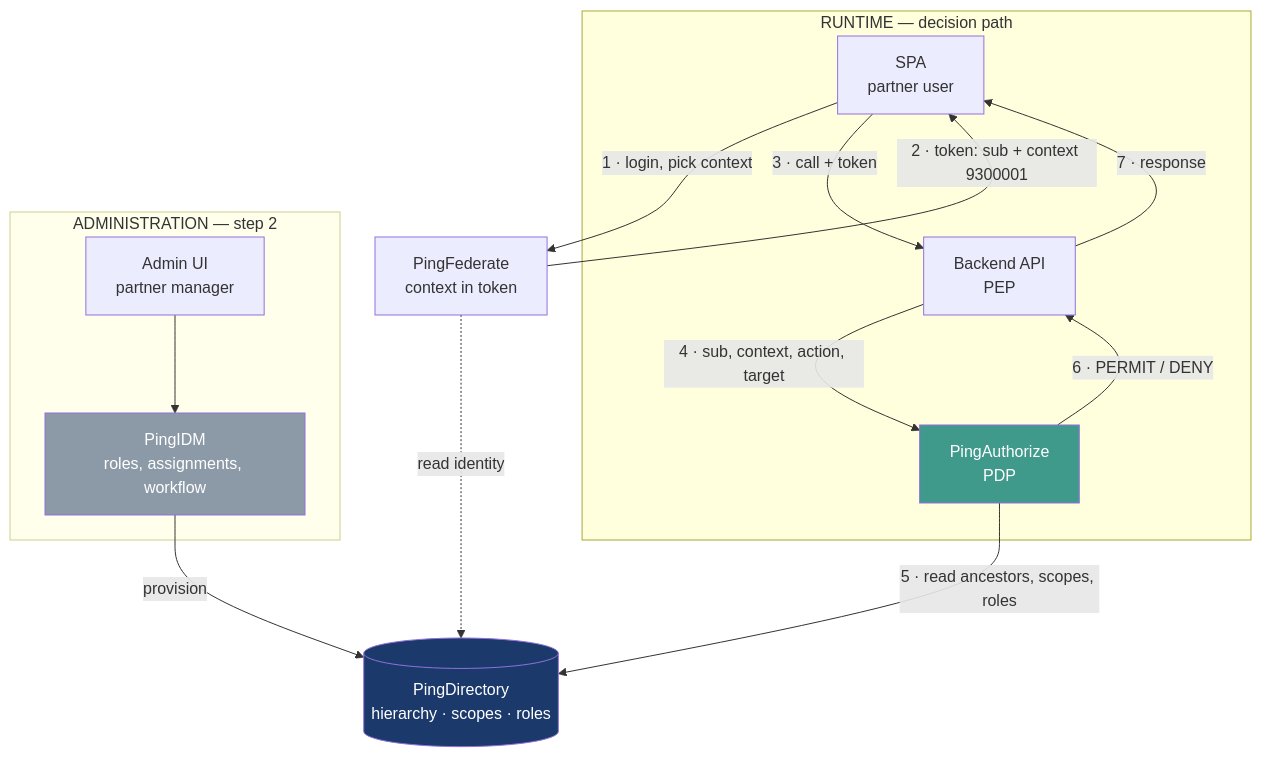
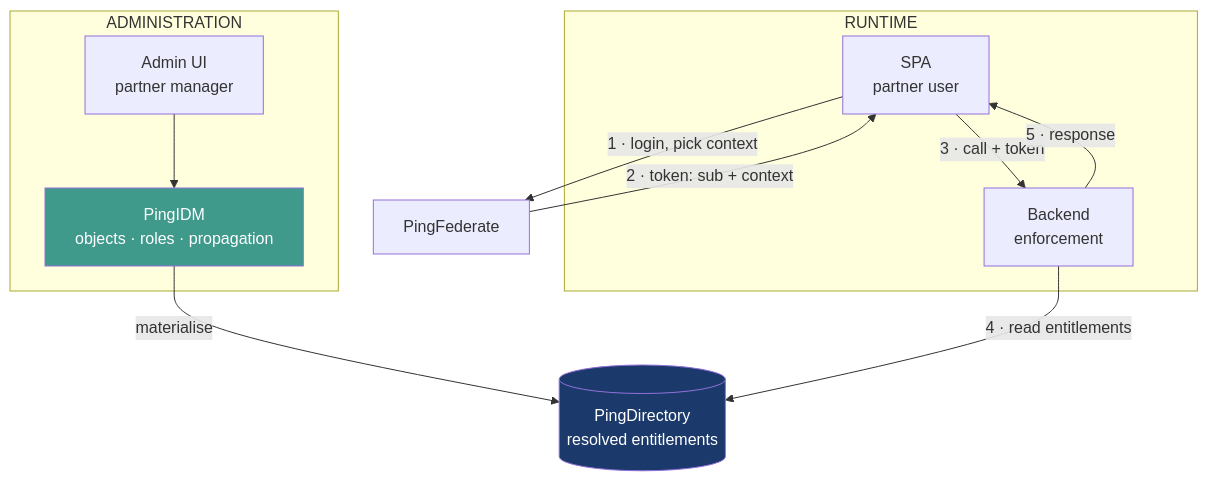
The second of 2 diagrams in Idm.md (max007h/OAuth), drawn with Mermaid before and after one commit. The commit also changed other lines of this file, not shown here.

First line of the commit message:
Revise Partner Authorization document for clarity

````diff
--- a/Idm.md
+++ b/Idm.md
@@ -179,33 +118,24 @@
 ```mermaid
 graph TB
-    subgraph runtime["RUNTIME — decision path"]
+    subgraph admin["ADMINISTRATION"]
+        UI["Admin UI<br/>partner manager"]
+        IDM["PingIDM<br/>objects · roles · propagation"]
+    end
+    subgraph runtime["RUNTIME"]
         SPA["SPA<br/>partner user"]
-        BE["Backend API<br/>PEP"]
-        AZ["PingAuthorize<br/>PDP"]
+        BE["Backend<br/>enforcement"]
     end
-
-    subgraph admin["ADMINISTRATION — step 2"]
-        UI["Admin UI<br/>partner manager"]
-        IDM["PingIDM<br/>roles, assignments, workflow"]
-    end
-
-    PF["PingFederate<br/>context in token"]
-    PD[("PingDirectory<br/>hierarchy · scopes · roles")]
-
-    SPA -->|"1 · login, pick context"| PF
-    PF -->|"2 · token: sub + context 9300001"| SPA
-    SPA -->|"3 · call + token"| BE
-    BE -->|"4 · sub, context, action, target"| AZ
-    AZ -->|"5 · read ancestors, scopes, roles"| PD
-    AZ -->|"6 · PERMIT / DENY"| BE
-    BE -->|"7 · response"| SPA
+    PF["PingFederate"]
+    PD[("PingDirectory<br/>resolved entitlements")]
 
     UI --> IDM
-    IDM -->|"provision"| PD
-    PF -.->|"read identity"| PD
+    IDM -->|"materialise"| PD
+    SPA -->|"1 · login, pick context"| PF
+    PF -->|"2 · token: sub + context"| SPA
+    SPA -->|"3 · call + token"| BE
+    BE -->|"4 · read entitlements"| PD
+    BE -->|"5 · response"| SPA
 
-    style AZ fill:#3F9A8C,color:#fff
+    style IDM fill:#3F9A8C,color:#fff
     style PD fill:#1B3A6B,color:#fff
-    style IDM fill:#8C9AA8,color:#fff
-    style admin opacity:0.55
 ```
````
